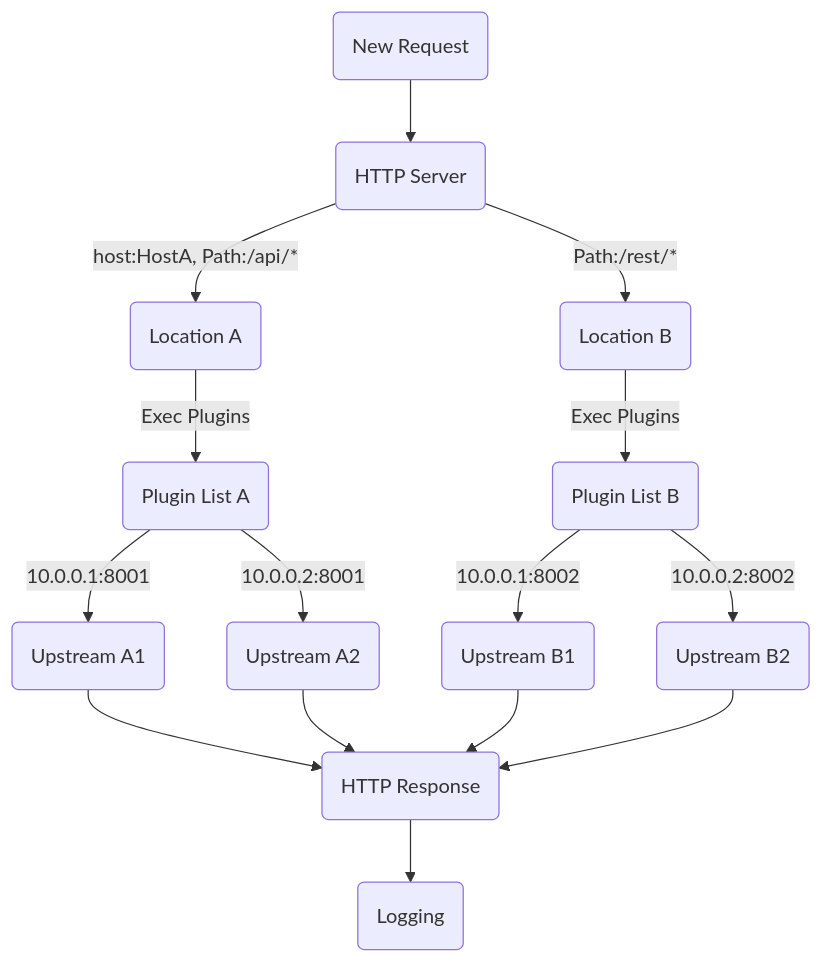
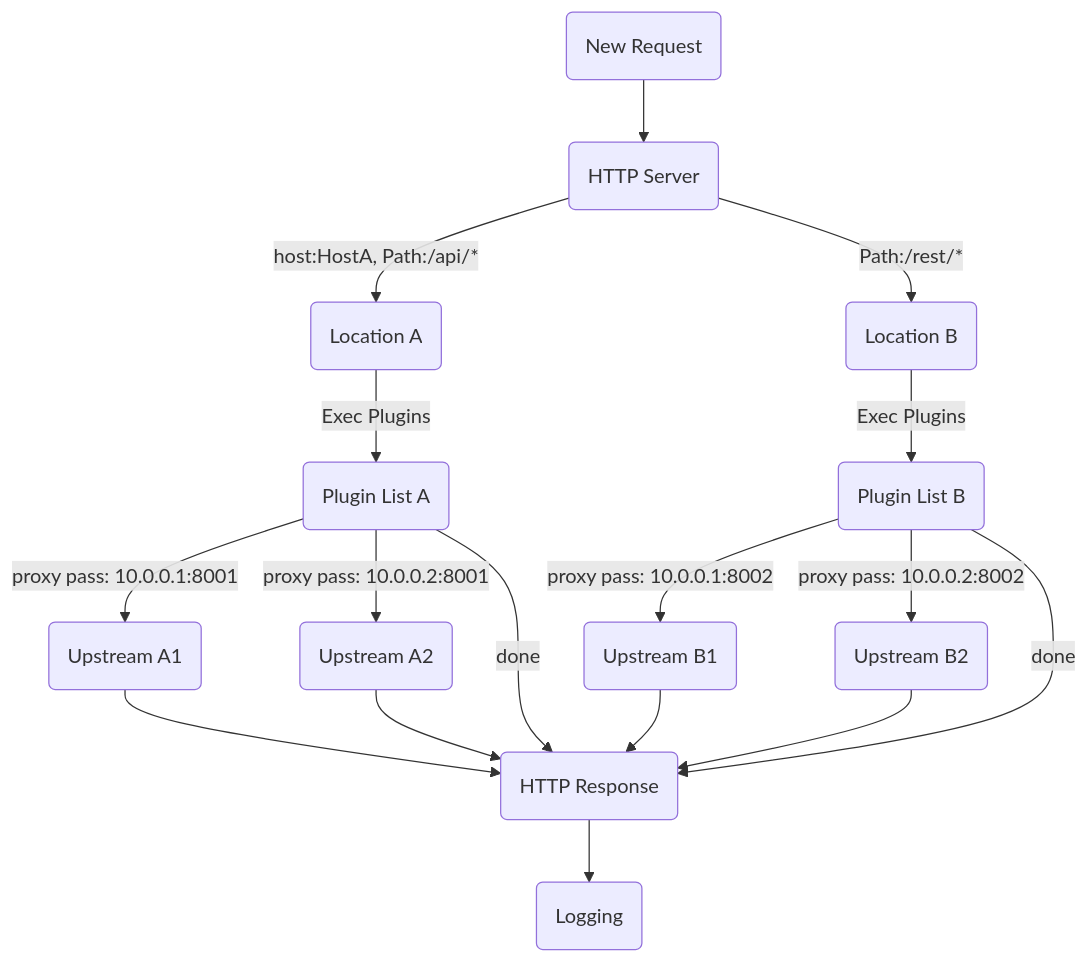
The diagram in README.md (vicanso/pingap), drawn with Mermaid before and after one commit. The commit also changed 20 other files, not shown here.

Commit message:
refactor: adjust proxy plugin error handle

````diff
--- a/README.md
+++ b/README.md
@@ -41,22 +41,26 @@
 ```mermaid
 graph TD;
     start("New Request")-->server("HTTP Server");
 
     server -- "host:HostA, Path:/api/*" --> locationA("Location A")
 
     server -- "Path:/rest/*"--> locationB("Location B")
 
     locationA -- "Exec Plugins" --> locationPluginListA("Plugin List A")
 
     locationB -- "Exec Plugins" --> locationPluginListB("Plugin List B")
 
-    locationPluginListA -- "10.0.0.1:8001" --> upstreamA1("Upstream A1") --> response
+    locationPluginListA -- "proxy pass: 10.0.0.1:8001" --> upstreamA1("Upstream A1") --> response
 
-    locationPluginListA -- "10.0.0.2:8001" --> upstreamA2("Upstream A2") --> response
+    locationPluginListA -- "proxy pass: 10.0.0.2:8001" --> upstreamA2("Upstream A2") --> response
 
-    locationPluginListB -- "10.0.0.1:8002" --> upstreamB1("Upstream B1") --> response
+    locationPluginListA -- "done" --> response
 
-    locationPluginListB -- "10.0.0.2:8002" --> upstreamB2("Upstream B2") --> response
+    locationPluginListB -- "proxy pass: 10.0.0.1:8002" --> upstreamB1("Upstream B1") --> response
+
+    locationPluginListB -- "proxy pass: 10.0.0.2:8002" --> upstreamB2("Upstream B2") --> response
+
+    locationPluginListB -- "done" --> response
 
     response("HTTP Response") --> stop("Logging");
 ```
````
